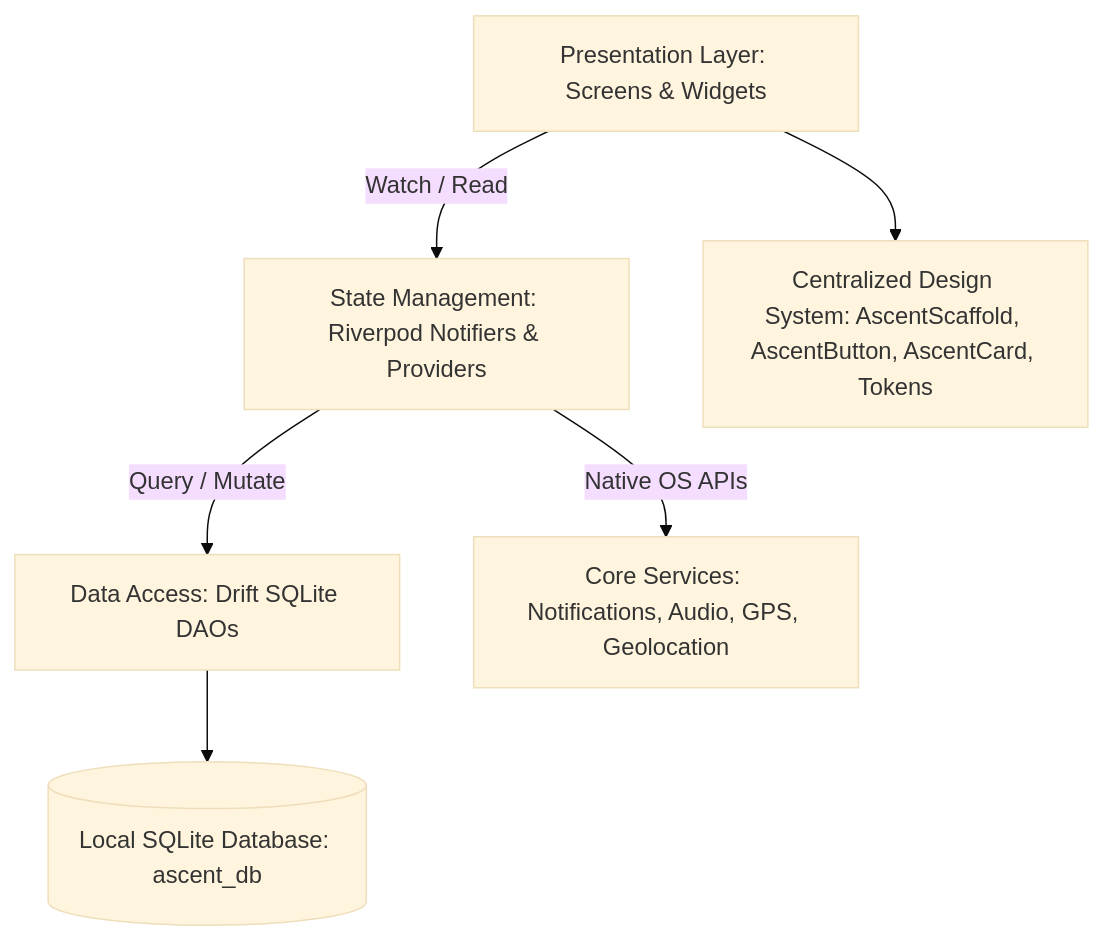
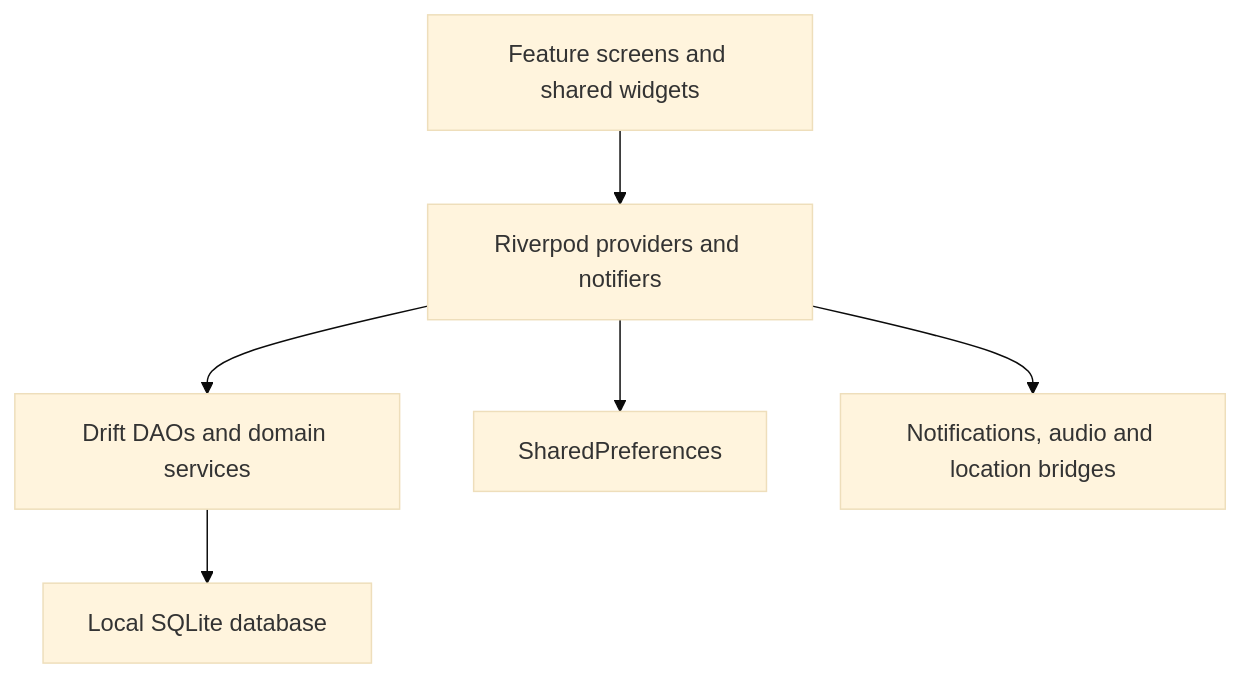
Before and after one commit to Arun-Singh-315/Ascent-Beta: the diagram in docs/APP_ARCHITECTURE.md, drawn with Mermaid (base theme). The commit also changed other lines of this file and 37 other files, not shown here.

````diff
--- a/docs/APP_ARCHITECTURE.md
+++ b/docs/APP_ARCHITECTURE.md
@@ -13,8 +13,8 @@
 ```mermaid
-graph TD
-    UI[Presentation Layer: Screens & Widgets] -->|Watch / Read| RP[State Management: Riverpod Notifiers & Providers]
-    RP -->|Query / Mutate| DAO[Data Access: Drift SQLite DAOs]
-    RP -->|Native OS APIs| SRV[Core Services: Notifications, Audio, GPS, Geolocation]
-    DAO --> DB[(Local SQLite Database: ascent_db)]
-    UI --> DS[Centralized Design System: AscentScaffold, AscentButton, AscentCard, Tokens]
+flowchart TD
+    UI[Feature screens and shared widgets] --> State[Riverpod providers and notifiers]
+    State --> DAO[Drift DAOs and domain services]
+    DAO --> DB[Local SQLite database]
+    State --> Prefs[SharedPreferences]
+    State --> Native[Notifications, audio and location bridges]
 ```
````
